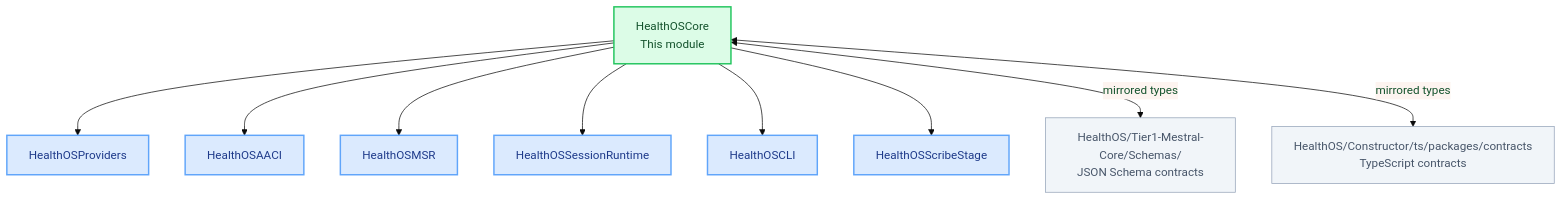
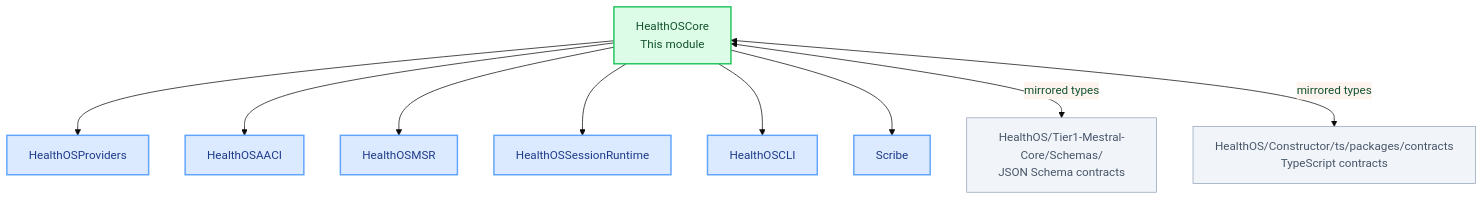
One commit to myselfgus/HealthOScaffold changed the diagram in HealthOS/Tier1-Mestral-Core/Sources/HealthOSCore/README.md. Above: the diagram before and after it, drawn with Mermaid. The commit also changed 130 other files, not shown here.

````diff
--- a/HealthOS/Tier1-Mestral-Core/Sources/HealthOSCore/README.md
+++ b/HealthOS/Tier1-Mestral-Core/Sources/HealthOSCore/README.md
@@ -50,23 +50,23 @@
 ```mermaid
 %%{init: {'theme': 'base', 'themeVariables': {'primaryColor': '#f0fdf4', 'primaryBorderColor': '#86efac', 'primaryTextColor': '#14532d', 'fontFamily': 'ui-sans-serif, system-ui, -apple-system'}}}%%
 graph TD
     classDef core    fill:#dcfce7,stroke:#22c55e,stroke-width:2px,color:#14532d
     classDef dep     fill:#dbeafe,stroke:#60a5fa,stroke-width:2px,color:#1e3a8a
     classDef extern  fill:#f1f5f9,stroke:#94a3b8,stroke-width:1px,color:#475569
 
     CORE[HealthOSCore\nThis module]:::core
 
     PROV[HealthOSProviders]:::dep
     AACI[HealthOSAACI]:::dep
     MSR[HealthOSMSR]:::dep
     SRT[HealthOSSessionRuntime]:::dep
     CLI[HealthOSCLI]:::dep
-    SCRIBE[HealthOSScribeStage]:::dep
+    SCRIBE[Scribe]:::dep
 
     JSONSCHEMA[HealthOS/Tier1-Mestral-Core/Schemas/\nJSON Schema contracts]:::extern
     TS[HealthOS/Constructor/ts/packages/contracts\nTypeScript contracts]:::extern
 
     CORE --> PROV & AACI & MSR & SRT & CLI & SCRIBE
     CORE <-->|mirrored types| JSONSCHEMA
     CORE <-->|mirrored types| TS
 ```
````
